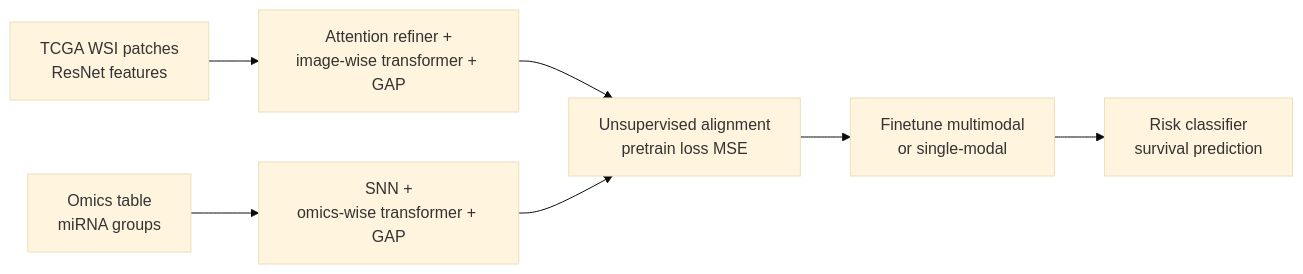
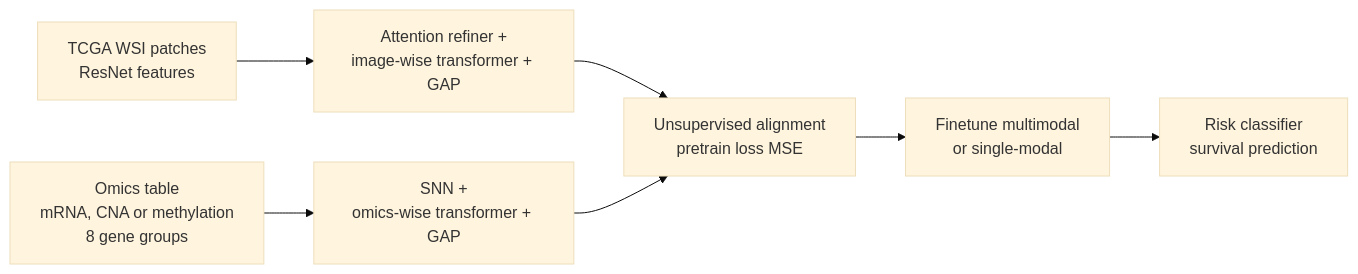
Before and after one commit to jasonjin34/Medical_reading_material: the diagram in docs/papers/pathomics-repo/index.md, drawn with Mermaid (base theme). The commit also changed other lines of this file and 525 other files, not shown here.

````diff
--- a/docs/papers/pathomics-repo/index.md
+++ b/docs/papers/pathomics-repo/index.md
@@ -30,9 +30,9 @@
 ```mermaid
 flowchart LR
   A["TCGA WSI patches<br/>ResNet features"] --> B["Attention refiner +<br/>image-wise transformer + GAP"]
-  C["Omics table<br/>miRNA groups"] --> D["SNN +<br/>omics-wise transformer + GAP"]
+  C["Omics table<br/>mRNA, CNA or methylation<br/>8 gene groups"] --> D["SNN +<br/>omics-wise transformer + GAP"]
   B --> E["Unsupervised alignment<br/>pretrain loss MSE"]
   D --> E
   E --> F["Finetune multimodal<br/>or single-modal"]
   F --> G["Risk classifier<br/>survival prediction"]
 ```
````
